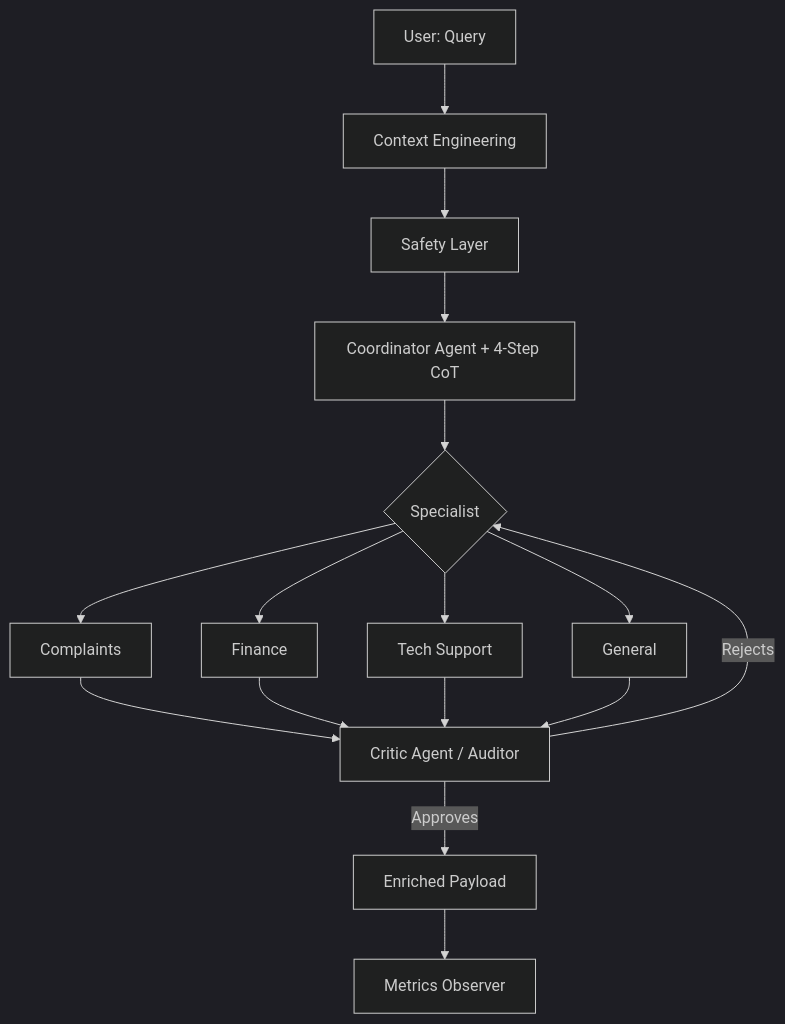
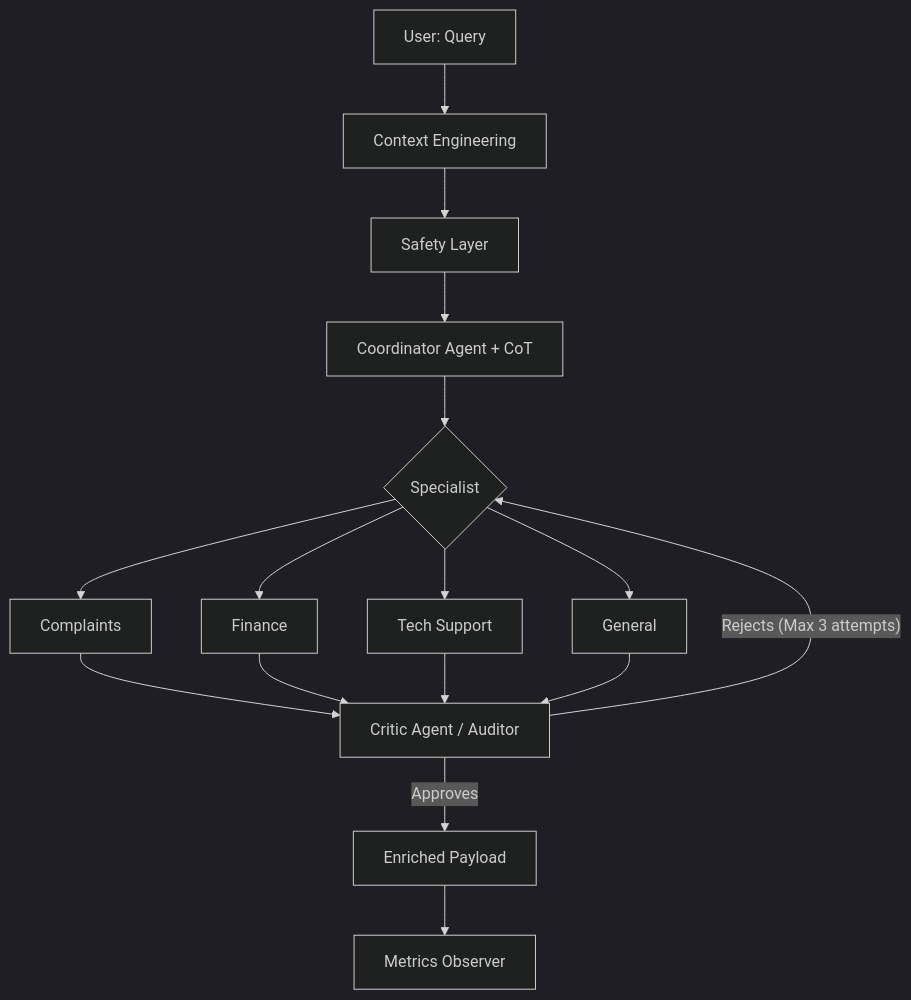
The diagram in architecture_reports/architecture_reports_en.md (cesesteban/Multi-Agent-Routing-System), drawn with Mermaid (dark theme) before and after one commit. The commit also changed other lines of this file and 2 other files, not shown here.

````diff
--- a/architecture_reports/architecture_reports_en.md
+++ b/architecture_reports/architecture_reports_en.md
@@ -7,15 +7,15 @@
 ```mermaid
 graph TD
     A[User: Query] --> B[Context Engineering]
     B --> C[Safety Layer]
-    C --> D[Coordinator Agent + 4-Step CoT]
+    C --> D[Coordinator Agent + CoT]
     D --> E{Specialist}
     E --> F[Complaints]
     E --> G[Finance]
     E --> H[Tech Support]
     E --> I[General]
     F & G & H & I --> J[Critic Agent / Auditor]
-    J -- Rejects --> E
+    J -- Rejects (Max 3 attempts) --> E
     J -- Approves --> K[Enriched Payload]
     K --> L[Metrics Observer]
 ```
````
